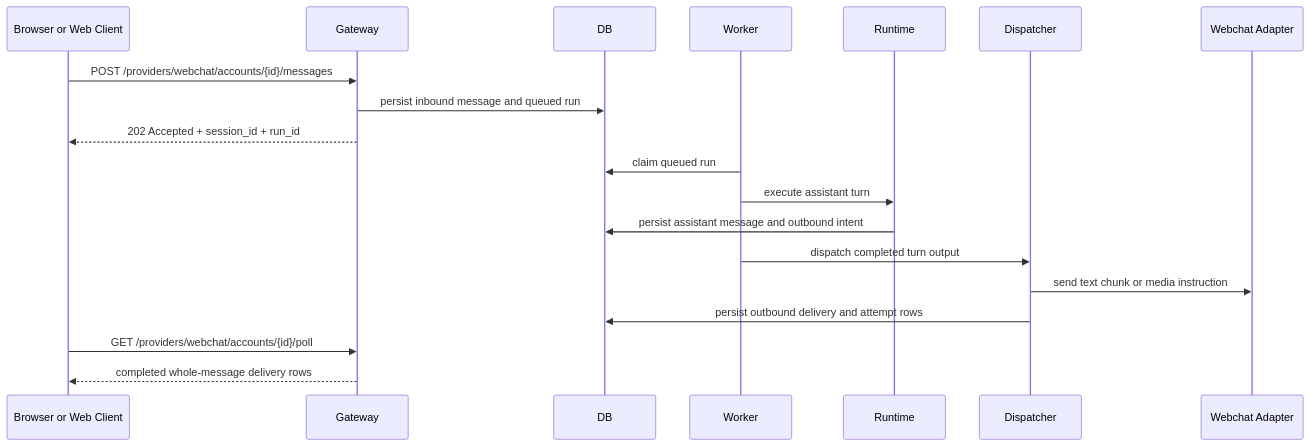
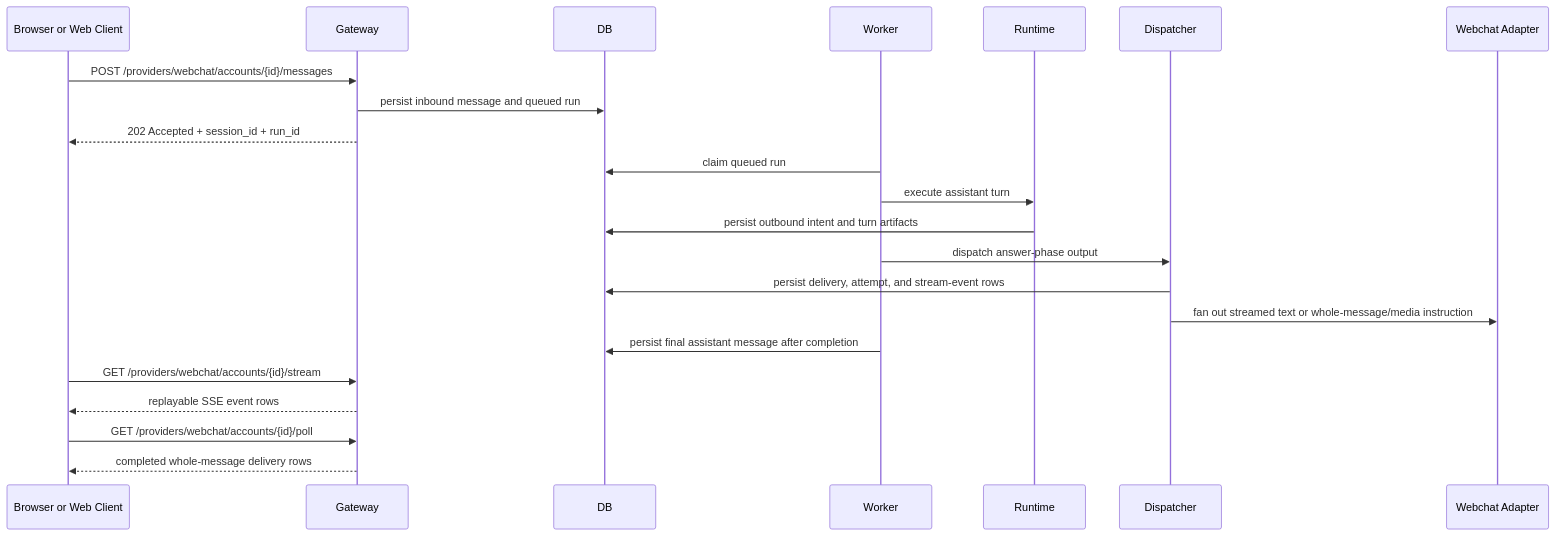
Before and after one commit to scott5252/python-claw: the fourth of 4 diagrams in README.md, drawn with Mermaid. The commit also changed other lines of this file and 22 other files, not shown here.

````diff
--- a/README.md
+++ b/README.md
@@ -879,22 +936,25 @@
 ```mermaid
 sequenceDiagram
     participant Browser as Browser or Web Client
     participant Gateway
     participant DB
     participant Worker
     participant Runtime
     participant Dispatcher
     participant Webchat as Webchat Adapter
 
     Browser->>Gateway: POST /providers/webchat/accounts/{id}/messages
     Gateway->>DB: persist inbound message and queued run
     Gateway-->>Browser: 202 Accepted + session_id + run_id
     Worker->>DB: claim queued run
     Worker->>Runtime: execute assistant turn
-    Runtime->>DB: persist assistant message and outbound intent
-    Worker->>Dispatcher: dispatch completed turn output
-    Dispatcher->>Webchat: send text chunk or media instruction
-    Dispatcher->>DB: persist outbound delivery and attempt rows
+    Runtime->>DB: persist outbound intent and turn artifacts
+    Worker->>Dispatcher: dispatch answer-phase output
+    Dispatcher->>DB: persist delivery, attempt, and stream-event rows
+    Dispatcher->>Webchat: fan out streamed text or whole-message/media instruction
+    Worker->>DB: persist final assistant message after completion
+    Browser->>Gateway: GET /providers/webchat/accounts/{id}/stream
+    Gateway-->>Browser: replayable SSE event rows
     Browser->>Gateway: GET /providers/webchat/accounts/{id}/poll
     Gateway-->>Browser: completed whole-message delivery rows
 ```
````
